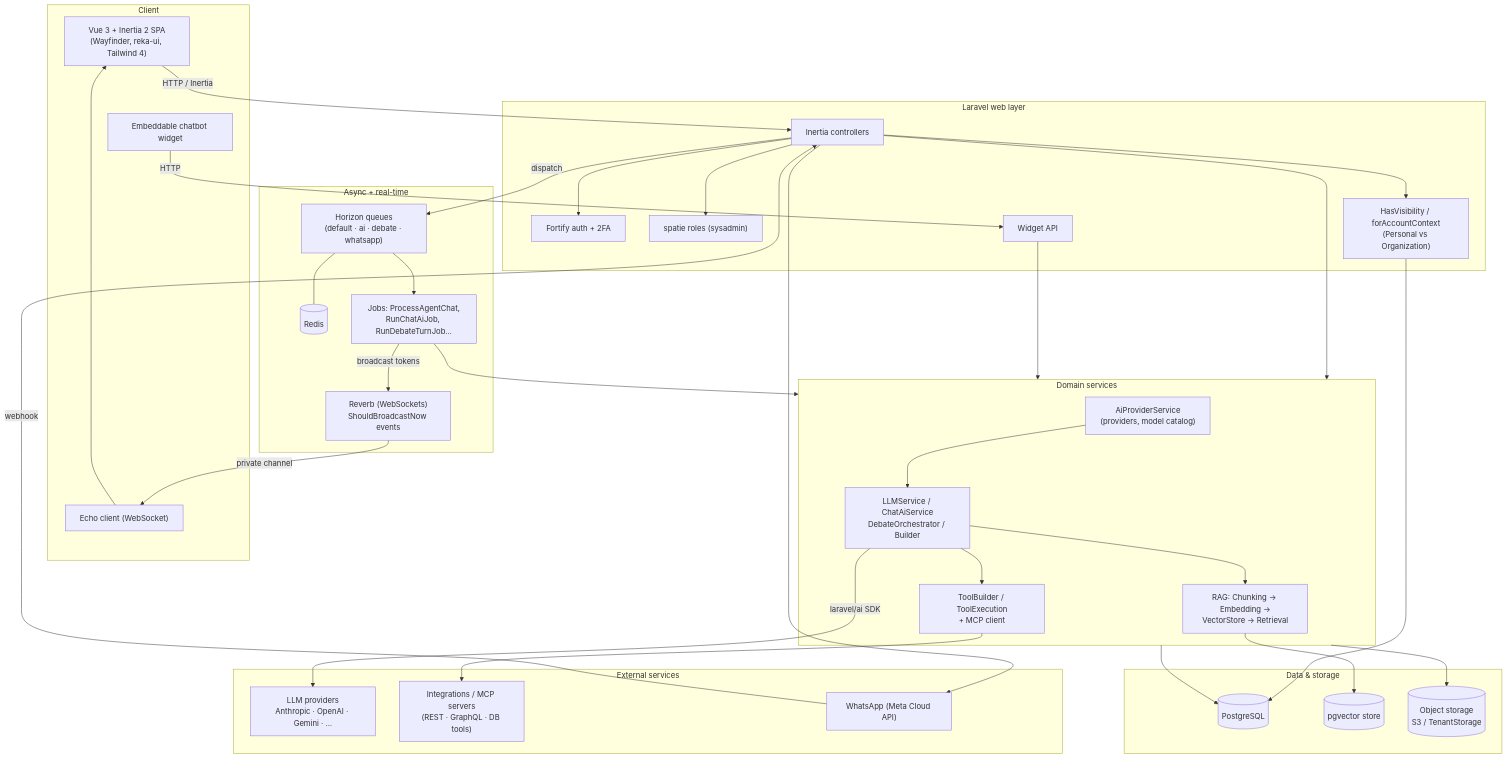
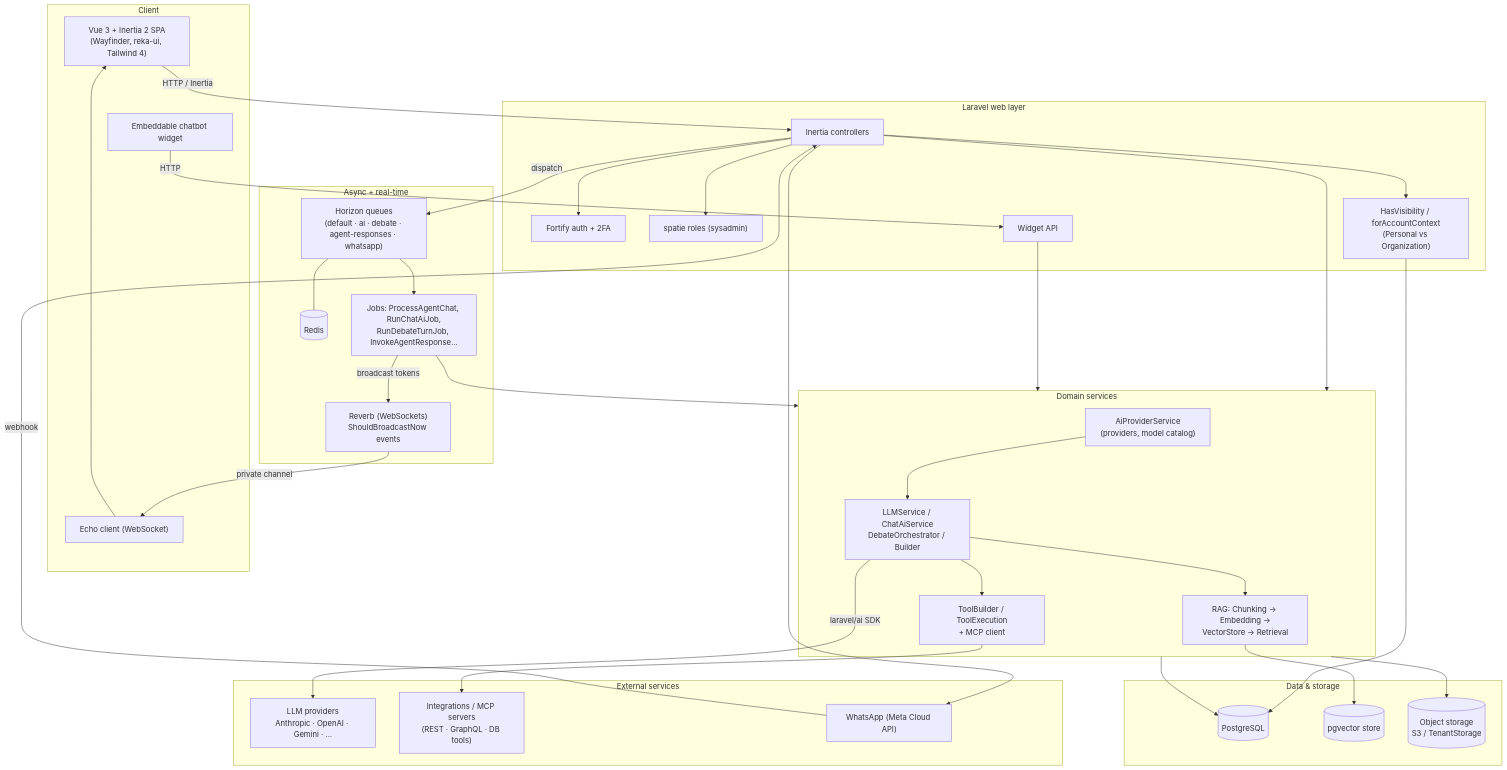
One commit to sapiensly/sapiensly changed the first of 2 diagrams in docs/sapiensly-architecture.md. Above: the diagram before and after it, drawn with Mermaid. The commit also changed other lines of this file and 1 other file, not shown here.

First line of the commit message:
docs: document multi-agent @mention chat

````diff
--- a/docs/sapiensly-architecture.md
+++ b/docs/sapiensly-architecture.md
@@ -199,70 +213,70 @@
 ```mermaid
 flowchart TB
     subgraph client["Client"]
         vue["Vue 3 + Inertia 2 SPA<br/>(Wayfinder, reka-ui, Tailwind 4)"]
         echo["Echo client (WebSocket)"]
         widget["Embeddable chatbot widget"]
     end
 
     subgraph web["Laravel web layer"]
         inertia["Inertia controllers"]
         fortify["Fortify auth + 2FA"]
         perms["spatie roles (sysadmin)"]
         tenancy["HasVisibility / forAccountContext<br/>(Personal vs Organization)"]
         widgetapi["Widget API"]
     end
 
     subgraph domain["Domain services"]
         provider["AiProviderService<br/>(providers, model catalog)"]
         llm["LLMService / ChatAiService<br/>DebateOrchestrator / Builder"]
         rag["RAG: Chunking → Embedding →<br/>VectorStore → Retrieval"]
         tools["ToolBuilder / ToolExecution<br/>+ MCP client"]
     end
 
     subgraph async["Async + real-time"]
         redis[("Redis")]
-        horizon["Horizon queues<br/>(default · ai · debate · whatsapp)"]
-        jobs["Jobs: ProcessAgentChat,<br/>RunChatAiJob, RunDebateTurnJob…"]
+        horizon["Horizon queues<br/>(default · ai · debate · agent-responses · whatsapp)"]
+        jobs["Jobs: ProcessAgentChat, RunChatAiJob,<br/>RunDebateTurnJob, InvokeAgentResponse…"]
         reverb["Reverb (WebSockets)<br/>ShouldBroadcastNow events"]
     end
 
     subgraph data["Data & storage"]
         pg[("PostgreSQL")]
         pgv[("pgvector store")]
         s3[("Object storage<br/>S3 / TenantStorage")]
     end
 
     subgraph ext["External services"]
         models["LLM providers<br/>Anthropic · OpenAI · Gemini · …"]
         apis["Integrations / MCP servers<br/>(REST · GraphQL · DB tools)"]
         wa["WhatsApp (Meta Cloud API)"]
     end
 
     vue -->|"HTTP / Inertia"| inertia
     widget -->|"HTTP"| widgetapi
     inertia --> fortify
     inertia --> perms
     inertia --> tenancy
     inertia --> domain
     widgetapi --> domain
 
     inertia -->|"dispatch"| horizon
     horizon --- redis
     horizon --> jobs
     jobs --> domain
     jobs -->|"broadcast tokens"| reverb
     reverb -->|"private channel"| echo
     echo --> vue
 
     provider --> llm
     llm -->|"laravel/ai SDK"| models
     llm --> rag
     llm --> tools
     rag --> pgv
     tools --> apis
     domain --> pg
     domain --> s3
     tenancy --> pg
     wa -->|"webhook"| inertia
     inertia --> wa
 ```
````
